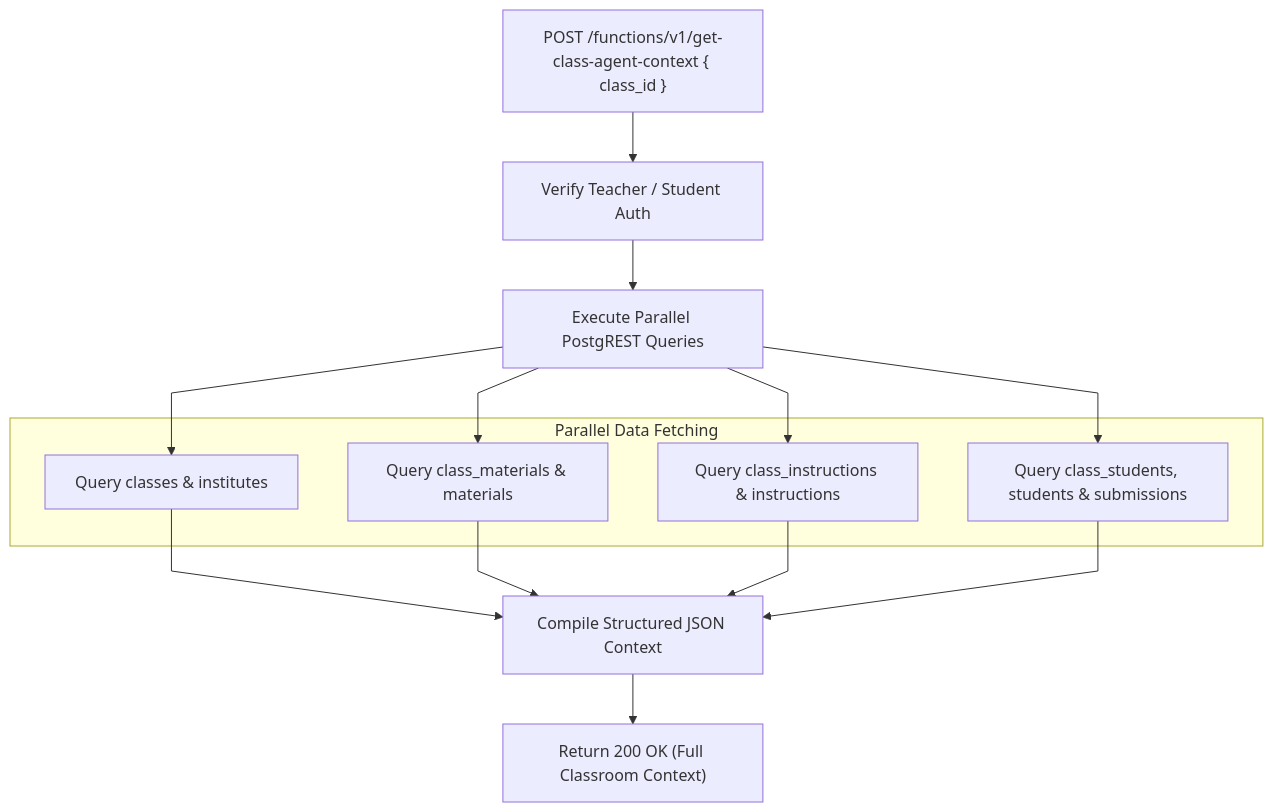
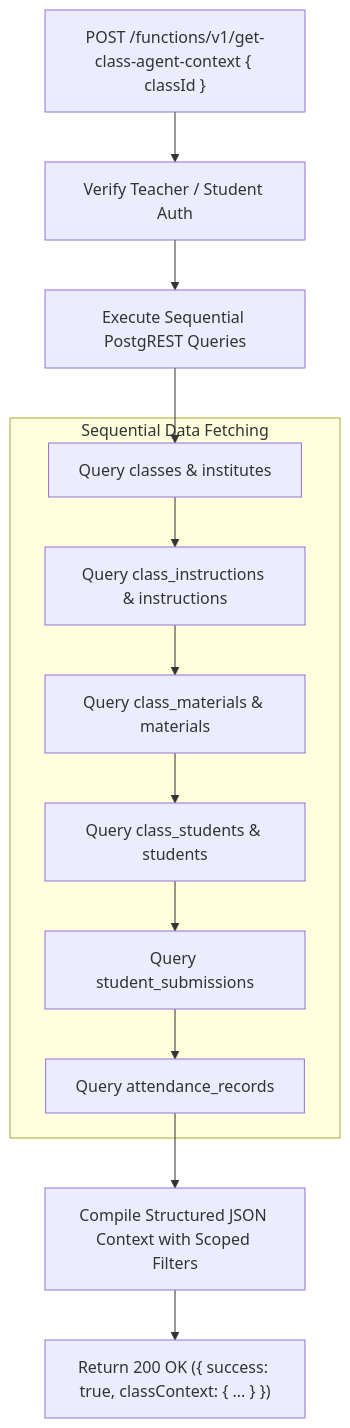
The diagram in supabase/functions/get-class-agent-context/code.ARCH.md (VictorBravo9er/Teacher-Assistant-Workspace), drawn with Mermaid before and after one commit. The commit also changed other lines of this file and 21 other files, not shown here.

````diff
--- a/supabase/functions/get-class-agent-context/code.ARCH.md
+++ b/supabase/functions/get-class-agent-context/code.ARCH.md
@@ -9,18 +9,20 @@
 ```mermaid
 %%{init: {'flowchart': {'curve': 'linear'}}}%%
 flowchart TD
-    Req["POST /functions/v1/get-class-agent-context { class_id }"] --> Auth["Verify Teacher / Student Auth"]
+    Req["POST /functions/v1/get-class-agent-context { classId }"] --> Auth["Verify Teacher / Student Auth"]
     
-    Auth --> ParallelQueries["Execute Parallel PostgREST Queries"]
+    Auth --> SequentialQueries["Execute Sequential PostgREST Queries"]
     
-    subgraph DataAssembly["Parallel Data Fetching"]
+    subgraph DataAssembly["Sequential Data Fetching"]
         ClassMeta["Query classes & institutes"]
+        Instructions["Query class_instructions & instructions"]
         Materials["Query class_materials & materials"]
-        Instructions["Query class_instructions & instructions"]
-        Students["Query class_students, students & submissions"]
+        Students["Query class_students & students"]
+        Submissions["Query student_submissions"]
+        Attendance["Query attendance_records"]
     end
 
-    ParallelQueries --> ClassMeta & Materials & Instructions & Students
-    ClassMeta & Materials & Instructions & Students --> Aggregator["Compile Structured JSON Context"]
-    Aggregator --> Response["Return 200 OK (Full Classroom Context)"]
+    SequentialQueries --> ClassMeta --> Instructions --> Materials --> Students --> Submissions --> Attendance
+    Attendance --> Aggregator["Compile Structured JSON Context with Scoped Filters"]
+    Aggregator --> Response["Return 200 OK ({ success: true, classContext: { ... } })"]
 ```
````
